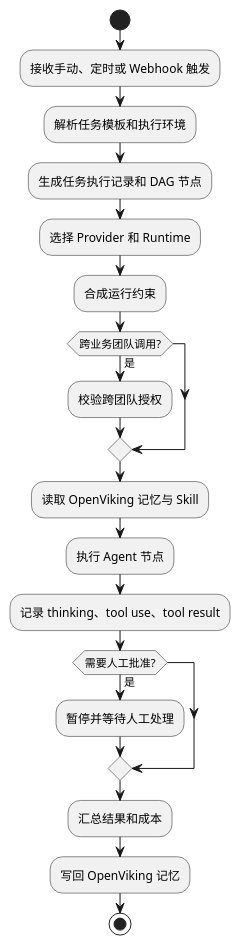
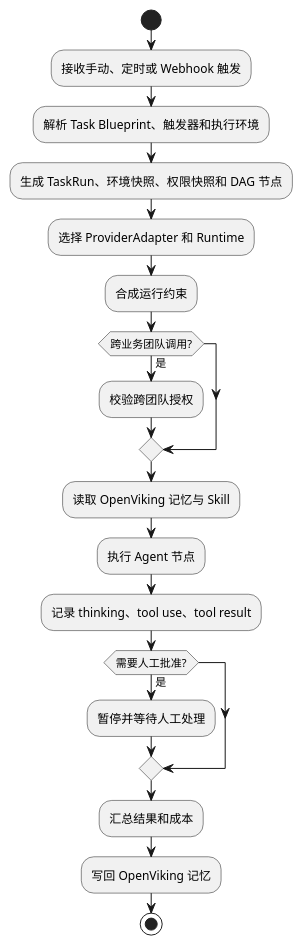
The second of 5 diagrams in docs/system-design.zh-CN.md (SimonMing47/agent-world), drawn with PlantUML before and after one commit. The commit also changed other lines of this file and 35 other files, not shown here.

Commit message:
feat: add task blueprint platform kernel

````diff
--- a/docs/system-design.zh-CN.md
+++ b/docs/system-design.zh-CN.md
@@ -65,22 +65,22 @@
 ```plantuml
 @startuml
 start
 :接收手动、定时或 Webhook 触发;
-:解析任务模板和执行环境;
-:生成任务执行记录和 DAG 节点;
-:选择 Provider 和 Runtime;
+:解析 Task Blueprint、触发器和执行环境;
+:生成 TaskRun、环境快照、权限快照和 DAG 节点;
+:选择 ProviderAdapter 和 Runtime;
 :合成运行约束;
 if (跨业务团队调用?) then (是)
   :校验跨团队授权;
 endif
 :读取 OpenViking 记忆与 Skill;
 :执行 Agent 节点;
 :记录 thinking、tool use、tool result;
 if (需要人工批准?) then (是)
   :暂停并等待人工处理;
 endif
 :汇总结果和成本;
 :写回 OpenViking 记忆;
 stop
 @enduml
 ```
````
